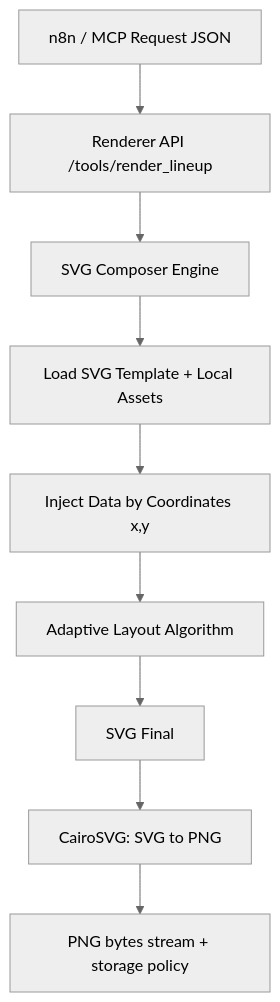
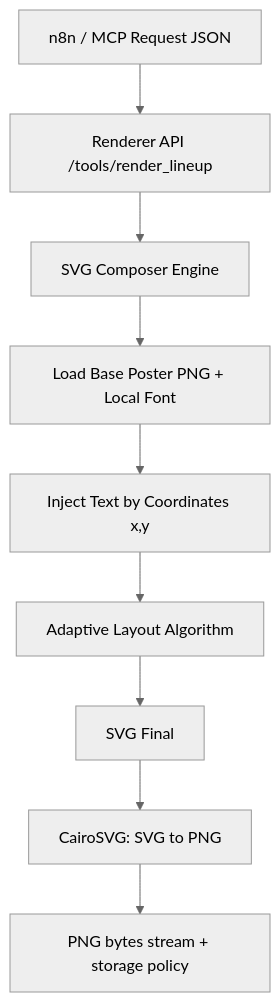
One commit to SAfonso/recova-project changed the first of 2 diagrams in docs/sdd_v2_svg_renderer.md. Above: the diagram before and after it, drawn with Mermaid (neutral theme). The commit also changed other lines of this file and 16 other files, not shown here.

````diff
--- a/docs/sdd_v2_svg_renderer.md
+++ b/docs/sdd_v2_svg_renderer.md
@@ -17,11 +18,11 @@
 ```mermaid
 flowchart TD
     A[n8n / MCP Request JSON] --> B[Renderer API /tools/render_lineup]
     B --> C[SVG Composer Engine]
-    C --> D[Load SVG Template + Local Assets]
-    D --> E[Inject Data by Coordinates x,y]
+    C --> D[Load Base Poster PNG + Local Font]
+    D --> E[Inject Text by Coordinates x,y]
     E --> F[Adaptive Layout Algorithm]
     F --> G[SVG Final]
     G --> H[CairoSVG: SVG to PNG]
     H --> I[PNG bytes stream + storage policy]
 ```
````
